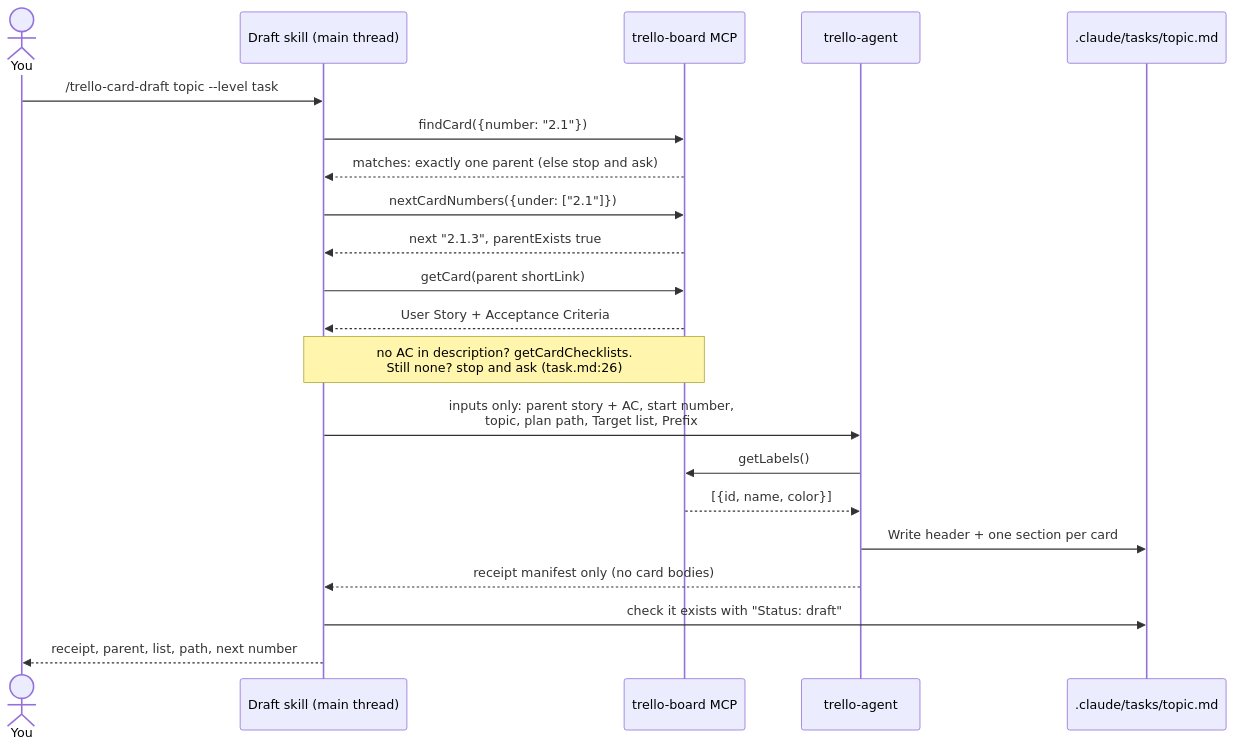
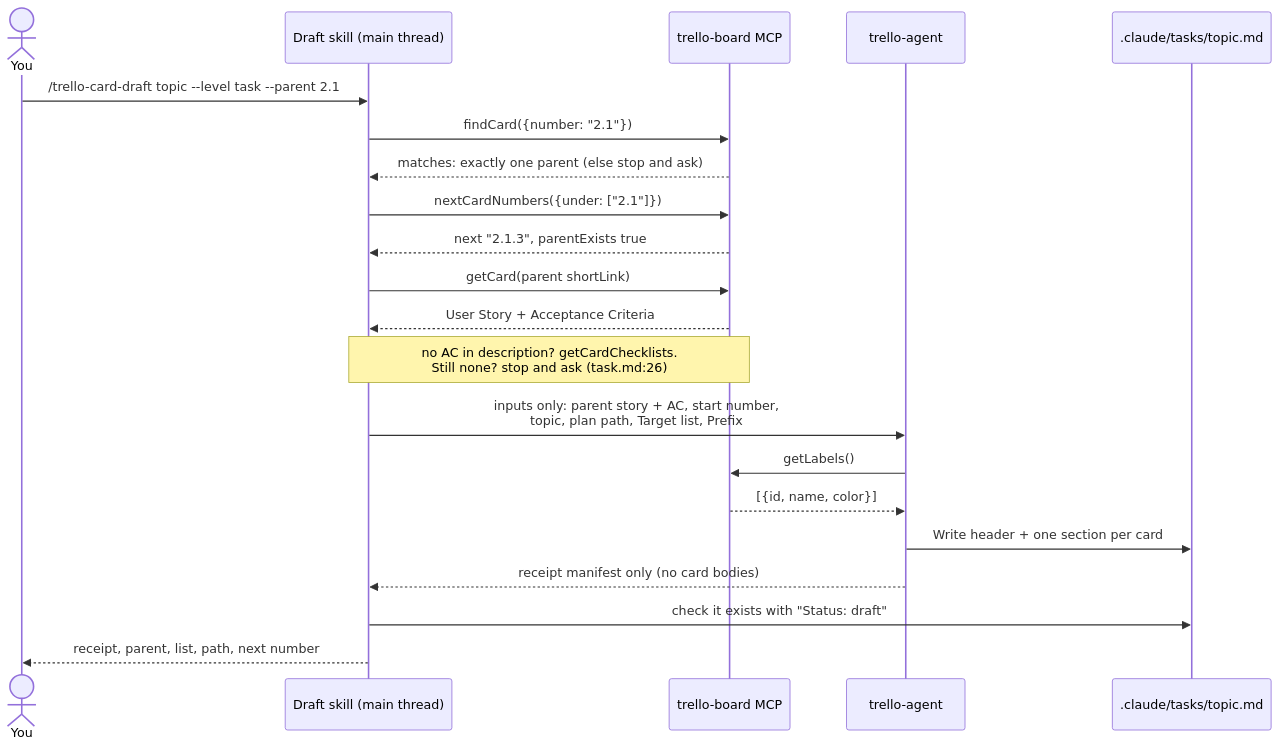
The third of 7 diagrams in docs/WORKFLOW.md (VukasinTheProgrammer/savkes-trello-mcp), drawn with Mermaid before and after one commit. The commit also changed other lines of this file and 8 other files, not shown here.

First line of the commit message:
Fix gaps in the card draft and push skills

````diff
--- a/docs/WORKFLOW.md
+++ b/docs/WORKFLOW.md
@@ -80,24 +83,24 @@
 ```mermaid
 sequenceDiagram
     actor You
     participant Main as Draft skill (main thread)
     participant MCP as trello-board MCP
     participant Agent as trello-agent
     participant Plan as .claude/tasks/topic.md
 
-    You->>Main: /trello-card-draft topic --level task
+    You->>Main: /trello-card-draft topic --level task --parent 2.1
     Main->>MCP: findCard({number: "2.1"})
     MCP-->>Main: matches: exactly one parent (else stop and ask)
     Main->>MCP: nextCardNumbers({under: ["2.1"]})
     MCP-->>Main: next "2.1.3", parentExists true
     Main->>MCP: getCard(parent shortLink)
     MCP-->>Main: User Story + Acceptance Criteria
     Note over Main,MCP: no AC in description? getCardChecklists.<br/>Still none? stop and ask (task.md:26)
     Main->>Agent: inputs only: parent story + AC, start number,<br/>topic, plan path, Target list, Prefix
     Agent->>MCP: getLabels()
     MCP-->>Agent: [{id, name, color}]
     Agent->>Plan: Write header + one section per card
     Agent-->>Main: receipt manifest only (no card bodies)
     Main->>Plan: check it exists with "Status: draft"
     Main-->>You: receipt, parent, list, path, next number
 ```
````
